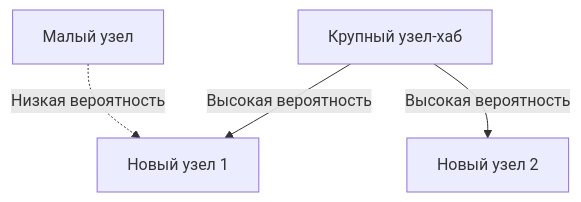
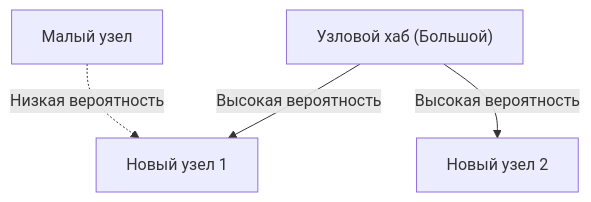
The diagram in content/post/zipfs-law/index.ru.md (kenjinote/blog), drawn with Mermaid before and after one commit. The commit also changed other lines of this file and 97 other files, not shown here.

````diff
--- a/content/post/zipfs-law/index.ru.md
+++ b/content/post/zipfs-law/index.ru.md
@@ -115,6 +115,6 @@
 ```mermaid
 graph TD
-  A["Крупный узел-хаб"] -->|"Высокая вероятность"| B["Новый узел 1"]
+  A["Узловой хаб (Большой)"] -->|"Высокая вероятность"| B["Новый узел 1"]
   A -->|"Высокая вероятность"| C["Новый узел 2"]
   D["Малый узел"] -.->|"Низкая вероятность"| B
 ```
````
